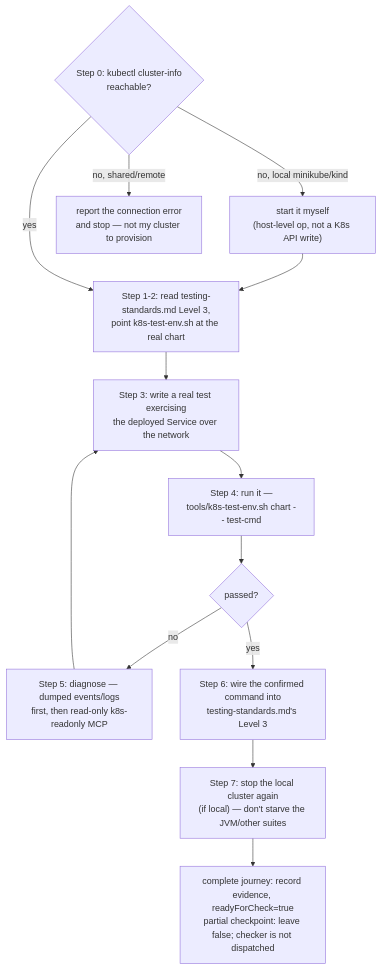
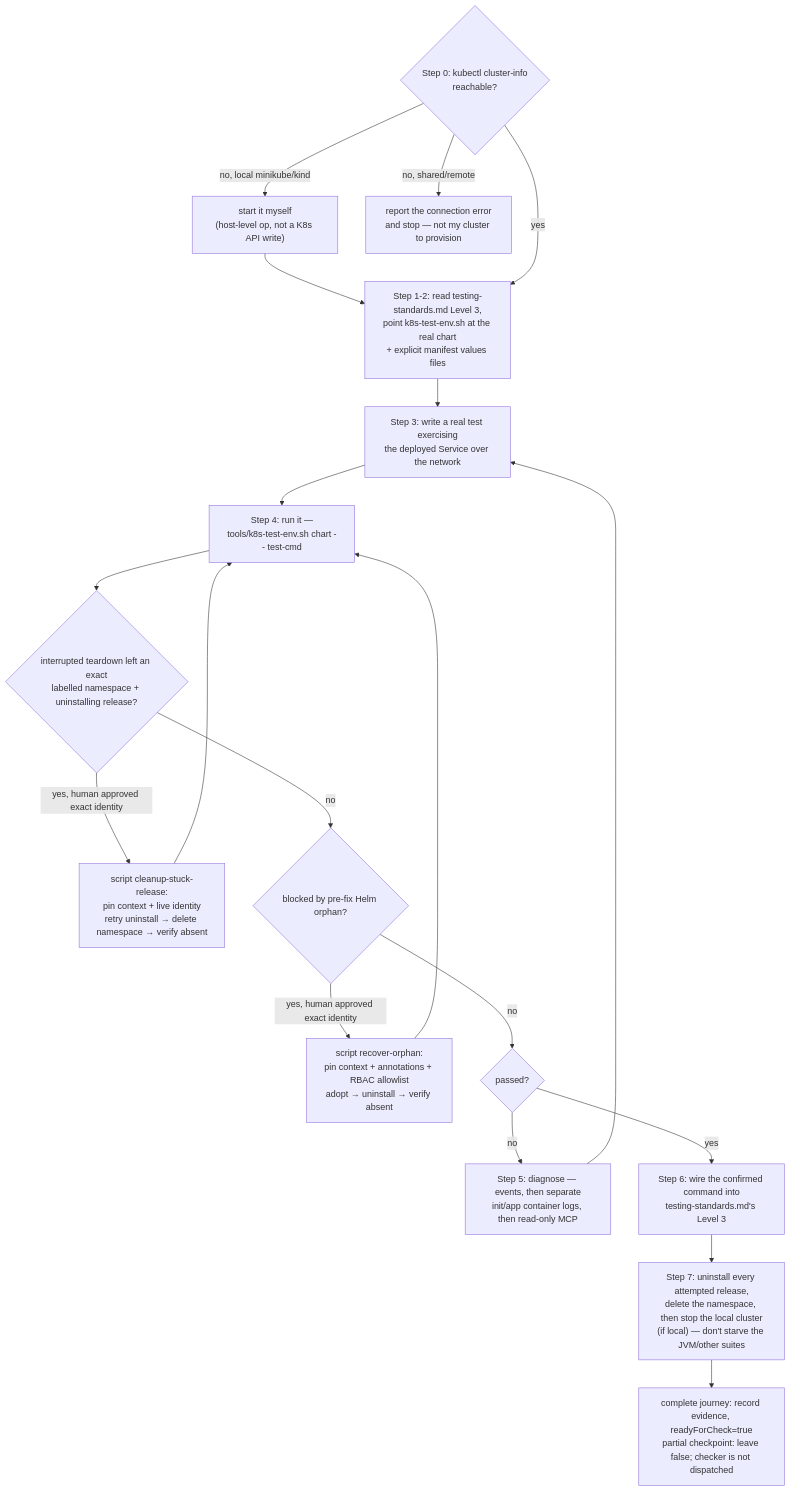
One commit to truonghedspi/harness changed the third of 4 diagrams in harness-loop/references/workflow-diagram.md. Above: the diagram before and after it, drawn with Mermaid. The commit also changed other lines of this file and 62 other files, not shown here.

Commit message:
Complete Kubernetes debug-context journey and cleanup recovery

````diff
--- a/harness-loop/references/workflow-diagram.md
+++ b/harness-loop/references/workflow-diagram.md
@@ -150,16 +150,22 @@
 ```mermaid
 flowchart TD
     S0{"Step 0: kubectl cluster-info\nreachable?"}
     S0 -- no, local minikube/kind --> S0a["start it myself\n(host-level op, not a K8s API write)"]
     S0 -- no, shared/remote --> S0b["report the connection error\nand stop — not my cluster to provision"]
     S0a --> S1
-    S0 -- yes --> S1["Step 1-2: read testing-standards.md Level 3,\npoint k8s-test-env.sh at the real chart"]
+    S0 -- yes --> S1["Step 1-2: read testing-standards.md Level 3,\npoint k8s-test-env.sh at the real chart\n+ explicit manifest values files"]
     S1 --> S2["Step 3: write a real test exercising\nthe deployed Service over the network"]
     S2 --> S3["Step 4: run it —\ntools/k8s-test-env.sh chart -- test-cmd"]
-    S3 --> S4{"passed?"}
-    S4 -- no --> S5["Step 5: diagnose — dumped events/logs\nfirst, then read-only k8s-readonly MCP"]
+    S3 --> SR{"interrupted teardown left an exact\nlabelled namespace + uninstalling release?"}
+    SR -- yes, human approved exact identity --> SRS["script cleanup-stuck-release:\npin context + live identity\nretry uninstall → delete namespace → verify absent"]
+    SRS --> S3
+    SR -- no --> LR{"blocked by pre-fix Helm orphan?"}
+    LR -- yes, human approved exact identity --> LRR["script recover-orphan:\npin context + annotations + RBAC allowlist\nadopt → uninstall → verify absent"]
+    LRR --> S3
+    LR -- no --> S4{"passed?"}
+    S4 -- no --> S5["Step 5: diagnose — events, then separate\ninit/app container logs, then read-only MCP"]
     S5 --> S2
     S4 -- yes --> S6["Step 6: wire the confirmed command into\ntesting-standards.md's Level 3"]
-    S6 --> S7["Step 7: stop the local cluster again\n(if local) — don't starve the JVM/other suites"]
+    S6 --> S7["Step 7: uninstall every attempted release,\ndelete the namespace, then stop the local cluster\n(if local) — don't starve the JVM/other suites"]
     S7 --> S8["complete journey: record evidence, readyForCheck=true\npartial checkpoint: leave false; checker is not dispatched"]
 ```
````
